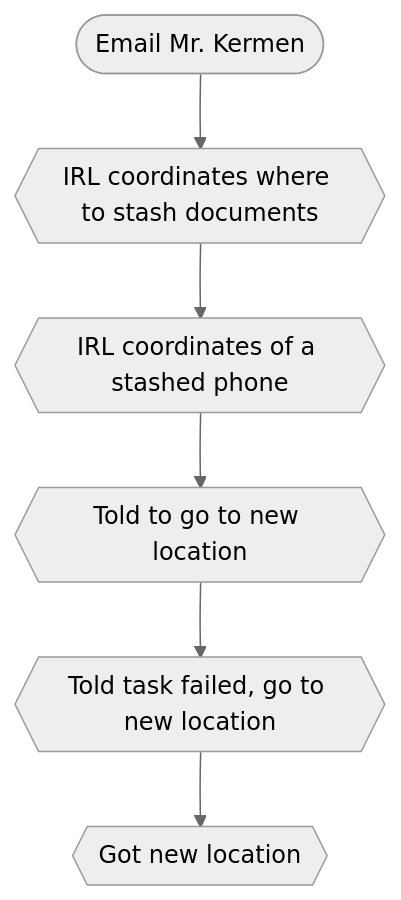
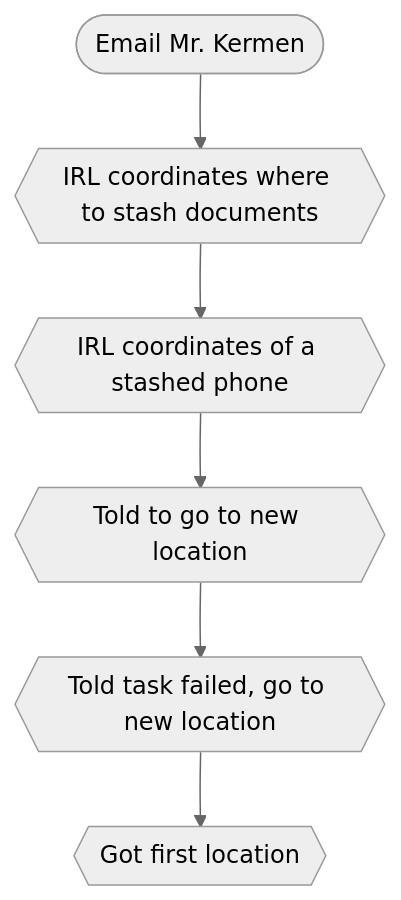
One commit to 3ncy/ARRS-s5 changed the diagram in irl2-tracker.md. Above: the diagram before and after it, drawn with Mermaid (neutral theme). The commit also changed other lines of this file, not shown here.

````diff
--- a/irl2-tracker.md
+++ b/irl2-tracker.md
@@ -4,8 +4,8 @@
 ```mermaid
 graph TD;
     email(["Email Mr. Kermen"]) --> irl2{{IRL coordinates where to stash documents}};
     irl2 --> irl3{{IRL coordinates of a stashed phone}};
     irl3 --> irl4{{Told to go to new location}};
     irl4 --> irl5{{Told task failed, go to new location}};
-    irl5 --> irl6{{Got new location}}
+    irl5 --> irl6{{Got first location}}
 ```
````
